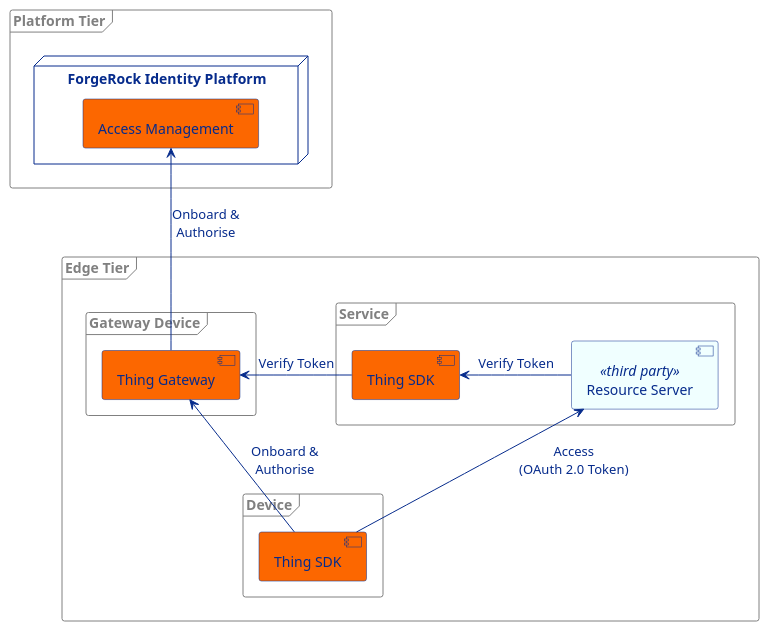
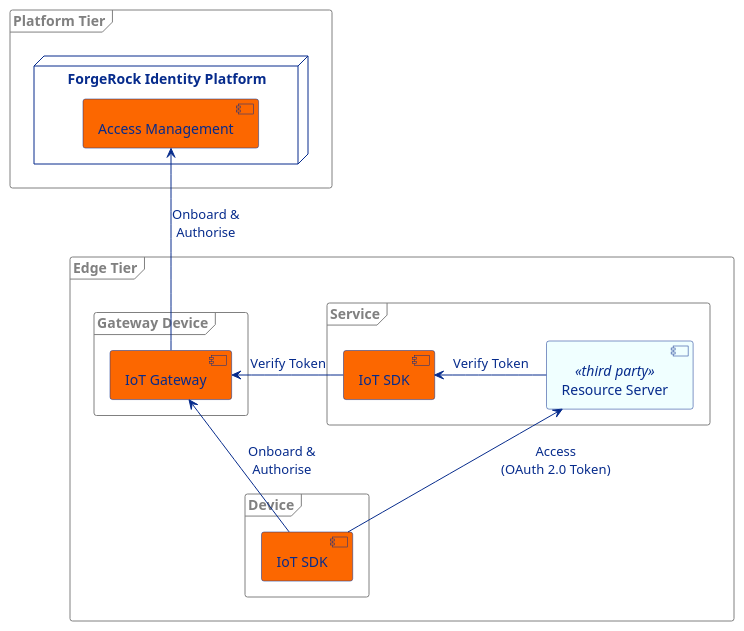
One commit to ForgeRock/iot-edge changed the diagram in docs/edge-authorisation.puml. Above: the diagram before and after it, drawn with PlantUML. The commit also changed 68 other files, not shown here.

```diff
--- a/docs/edge-authorisation.puml
+++ b/docs/edge-authorisation.puml
@@ -1,43 +1,43 @@
 @startuml
 
 skinparam component {
   FontColor #062b8c
   BackgroundColor #fc6700
   BorderColor #062b8c
   BackgroundColor<<third party>> azure
   ArrowColor #062b8c
   ArrowFontColor #062b8c
 }
 skinparam node {
   BorderColor #062b8c
   FontColor #062b8c
 }
 skinparam frame {
   BorderColor Grey
   FontColor Grey
 }
 
 frame "Edge Tier" {
     frame "Service" {
-        [Thing SDK] as gc2
+        [IoT SDK] as gc2
         [Resource Server] as rs <<third party>>
     }
     frame "Gateway Device" {
-        [Thing Gateway] as gt
+        [IoT Gateway] as gt
     }
     frame "Device" {
-        [Thing SDK] as gc1
+        [IoT SDK] as gc1
     }
 }
 frame "Platform Tier" {
     node "ForgeRock Identity Platform" {
         [Access Management] as am
     }
 }
 
 gc1 -up-> gt : Onboard &\nAuthorise
 gt -up-> am : Onboard &\nAuthorise
 rs -left-> gc2 : Verify Token
 gc2 -left-> gt : Verify Token
 gc1 -up-> rs : Access\n(OAuth 2.0 Token)
 @enduml
```
